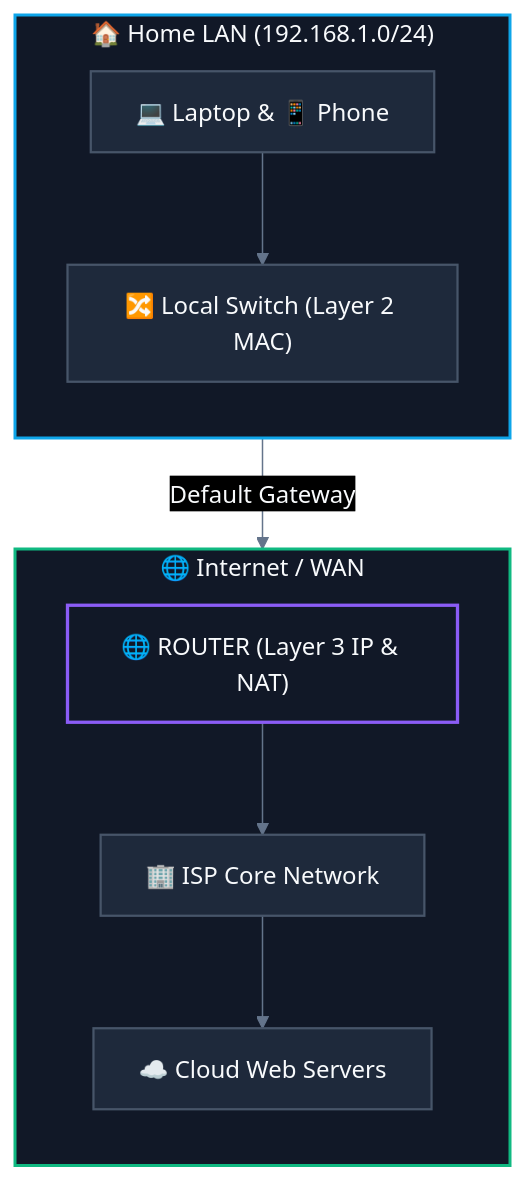
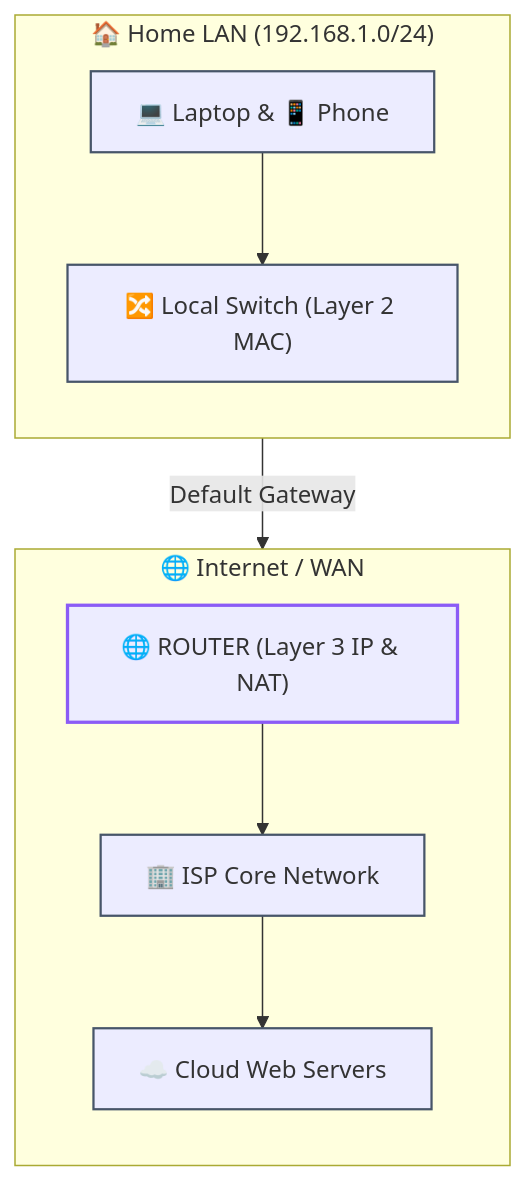
The third of 5 diagrams in CS/Computer Networking/01. Architecture & Fundamentals/05. Network Hardware - Hub, Switch, Router, Modem.md (abhinavbharti2345/CS_Notes), drawn with Mermaid before and after one commit. The commit also changed other lines of this file and 91 other files, not shown here.

````diff
--- a/CS/Computer Networking/01. Architecture & Fundamentals/05. Network Hardware - Hub, Switch, Router, Modem.md
+++ b/CS/Computer Networking/01. Architecture & Fundamentals/05. Network Hardware - Hub, Switch, Router, Modem.md
@@ -105,25 +103,22 @@
 ```mermaid
-%%{init: {'theme': 'base', 'themeVariables': { 'darkMode': true, 'background': '#0B0F14', 'mainBkg': '#111827', 'primaryColor': '#111827', 'primaryTextColor': '#F8FAFC', 'primaryBorderColor': '#38BDF8', 'lineColor': '#64748B', 'secondaryColor': '#0B0F14', 'tertiaryColor': '#0B0F14', 'clusterBkg': '#0B0F14', 'clusterBorder': '#38BDF8' }}}%%
 flowchart TD
     subgraph LAN ["🏠 Home LAN (192.168.1.0/24)"]
         direction TD
         Devices["💻 Laptop & 📱 Phone"] --> SwitchHome["🔀 Local Switch (Layer 2 MAC)"]
     end
 
     SwitchHome -->|"Default Gateway"| Router["🌐 ROUTER (Layer 3 IP & NAT)"]
     
     subgraph WAN ["🌐 Internet / WAN"]
         direction TD
         Router --> ISP["🏢 ISP Core Network"] --> Cloud["☁️ Cloud Web Servers"]
     end
 
-    classDef lan fill:#111827,stroke:#0ea5e9,stroke-width:2px,color:#F8FAFC;
-    classDef rtr fill:#111827,stroke:#8b5cf6,stroke-width:2.2px,color:#F8FAFC;
-    classDef wan fill:#111827,stroke:#10b981,stroke-width:2px,color:#F8FAFC;
-    classDef nodeStyle fill:#1e293b,stroke:#475569,stroke-width:1.5px,color:#F8FAFC;
+    classDef lan stroke:#0ea5e9,stroke-width:2px;
+    classDef rtr stroke:#8b5cf6,stroke-width:2.2px;
+    classDef wan stroke:#10b981,stroke-width:2px;
+    classDef nodeStyle stroke:#475569,stroke-width:1.5px;
 
-    class LAN lan;
-    class WAN wan;
     class Router rtr;
     class Devices,SwitchHome,ISP,Cloud nodeStyle;
 ```
````
